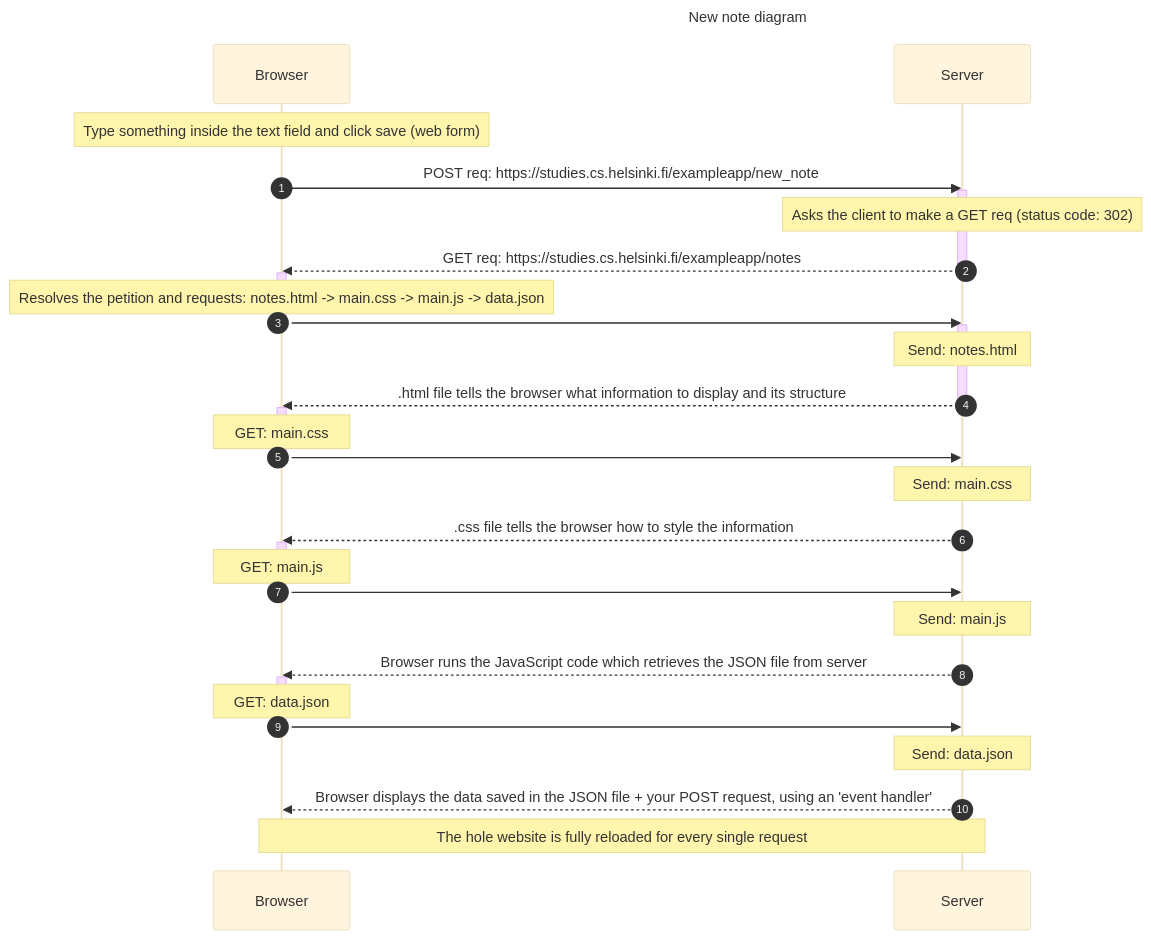
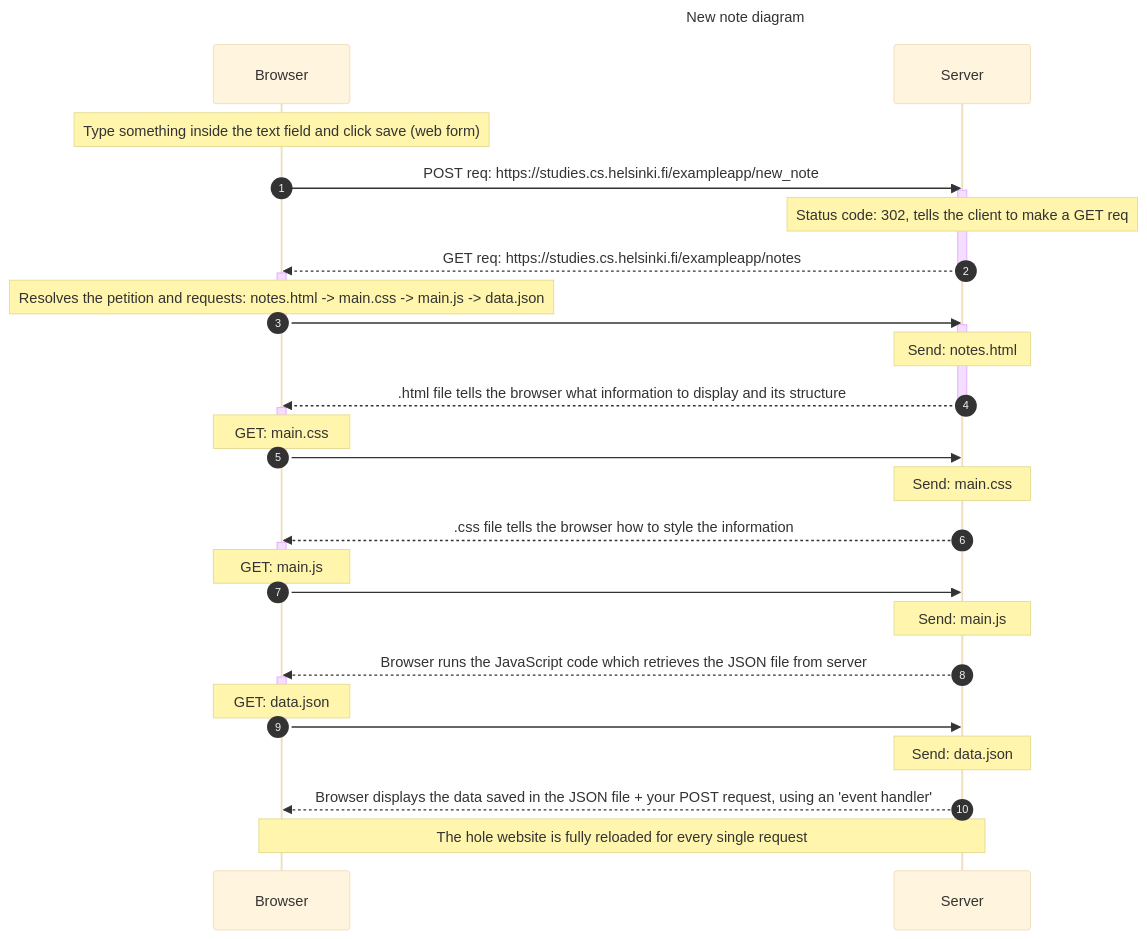
The diagram in part0/new-note-diagram.mmd (Bitlaw/fullstackopen-submissions-repository), drawn with Mermaid (base theme) before and after one commit.

```diff
--- a/part0/new-note-diagram.mmd
+++ b/part0/new-note-diagram.mmd
@@ -1,49 +1,49 @@
 ---
 title: New note diagram
 ---
 
 
 sequenceDiagram
 
     autonumber
 
     Note over Browser:  Type something inside the text field  and click save (web form)
     Browser->>Server: POST req: https://studies.cs.helsinki.fi/exampleapp/new_note  
 
     activate Server
-    Note over Server:  Asks the client to make a GET req (status code: 302)
+    Note over Server:  Status code: 302, tells the client to make a GET req 
     Server-->>Browser: GET req:  https://studies.cs.helsinki.fi/exampleapp/notes
     deactivate Server
 
     activate Browser 
     Note over Browser: Resolves the petition and requests: notes.html -> main.css -> main.js -> data.json 
     Browser->>Server: 
     deactivate Browser 
 
     activate Server
     Note over Server: Send: notes.html
     Server-->>Browser: .html file tells the browser what information to display and its structure
     deactivate Server
 
     activate Browser 
     Note over Browser: GET: main.css 
     Browser->>Server: 
     deactivate Browser 
     Note over Server: Send: main.css 
     Server-->>Browser: .css file tells the browser how to style the information
 
     activate Browser 
     Note over Browser: GET: main.js 
     Browser->>Server: 
     deactivate Browser 
     Note over Server: Send: main.js 
     Server-->>Browser: Browser runs the JavaScript code which retrieves the JSON file from server
 
     activate Browser 
     Note over Browser: GET: data.json 
     Browser->>Server: 
     deactivate Browser 
     Note over Server: Send: data.json
     Server-->>Browser: Browser displays the data saved in the JSON file + your POST request, using an 'event handler'
 
     Note over Browser, Server: The hole website is fully reloaded for every single request
```
